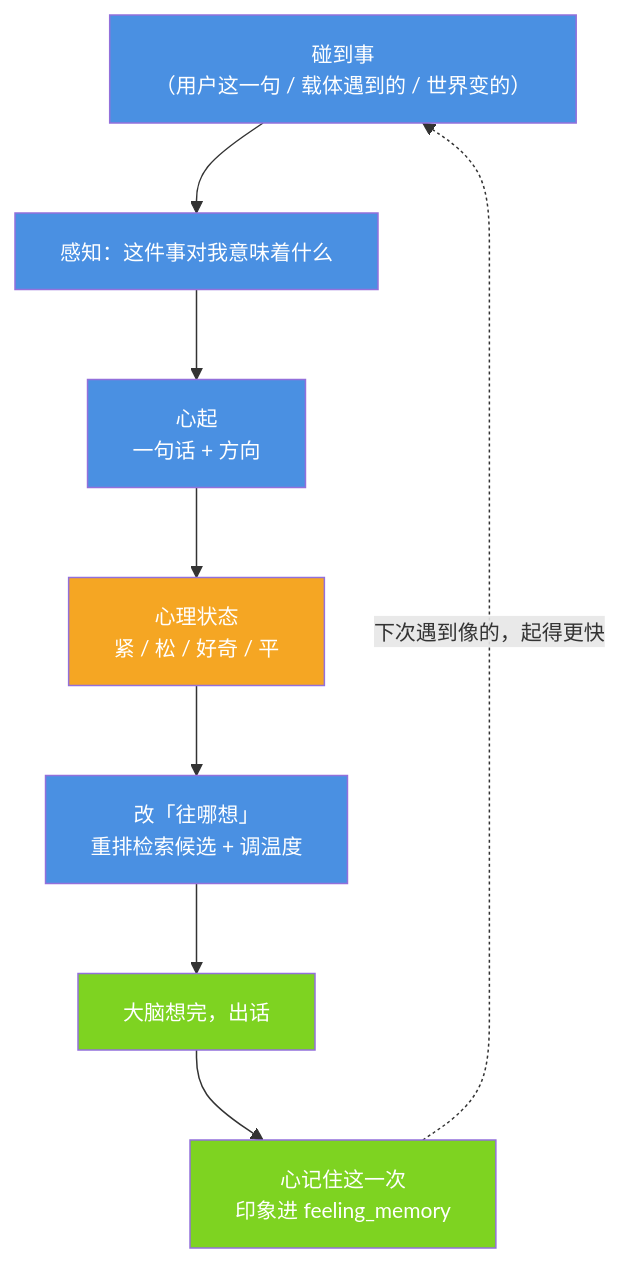
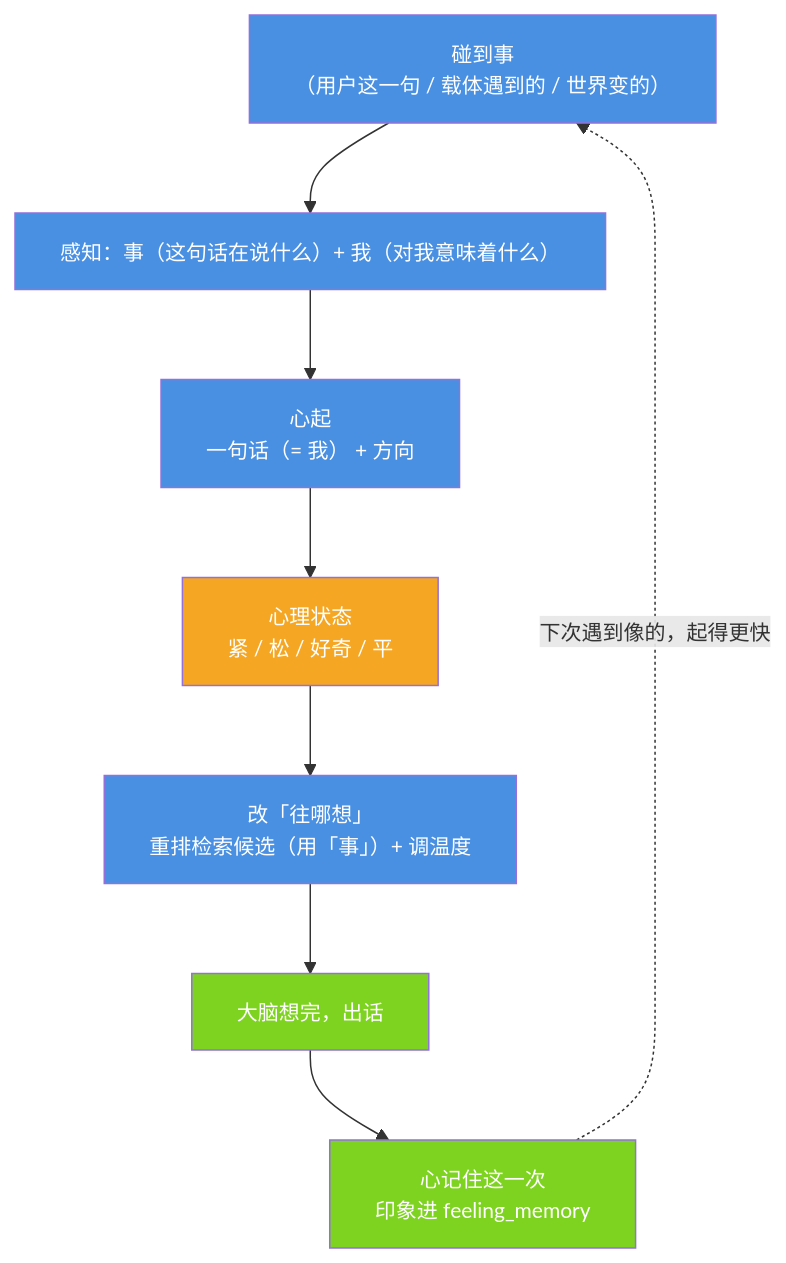
The second of 2 diagrams in docs/psyche-layer.md (jiangchuangege/xiaojiao-harnees), drawn with Mermaid before and after one commit. The commit also changed other lines of this file and 49 other files, not shown here.

````diff
--- a/docs/psyche-layer.md
+++ b/docs/psyche-layer.md
@@ -104,19 +110,19 @@
 ```mermaid
 %%{init: {"themeVariables": {"fontSize": "14px"}, "flowchart": {"htmlLabels": true, "wrappingWidth": 340, "nodeSpacing": 46, "rankSpacing": 60, "useMaxWidth": true}}}%%
 flowchart TB
-    A["碰到事<br/>（用户这一句 / 载体遇到的 / 世界变的）"] --> B["感知：这件事对我意味着什么"]
-    B --> C["心起<br/>一句话 + 方向"]
+    A["碰到事<br/>（用户这一句 / 载体遇到的 / 世界变的）"] --> B["感知：事（这句话在说什么）+ 我（对我意味着什么）"]
+    B --> C["心起<br/>一句话（= 我） + 方向"]
     C --> D["心理状态<br/>紧 / 松 / 好奇 / 平"]
-    D --> E["改「往哪想」<br/>重排检索候选 + 调温度"]
+    D --> E["改「往哪想」<br/>重排检索候选（用「事」）+ 调温度"]
     E --> F["大脑想完，出话"]
     F --> G["心记住这一次<br/>印象进 feeling_memory"]
     G -.->|"下次遇到像的，起得更快"| A
     style A fill:#4A90E2,color:#fff
     style B fill:#4A90E2,color:#fff
     style C fill:#4A90E2,color:#fff
     style D fill:#F5A623,color:#fff
     style E fill:#4A90E2,color:#fff
     style F fill:#7ED321,color:#fff
     style G fill:#7ED321,color:#fff
 
 ```
````
